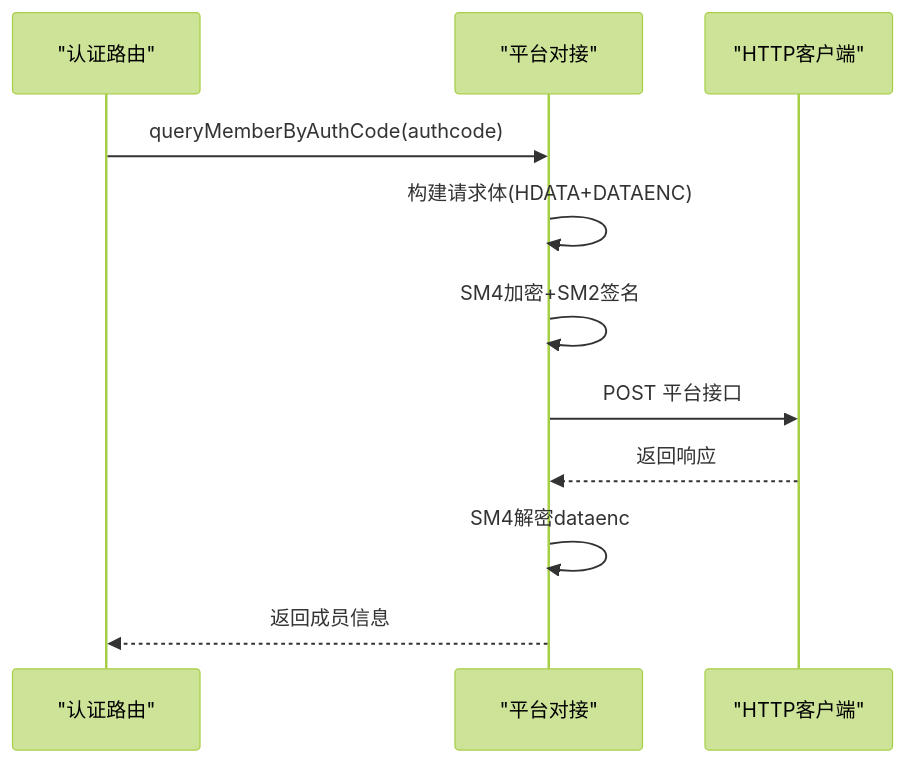
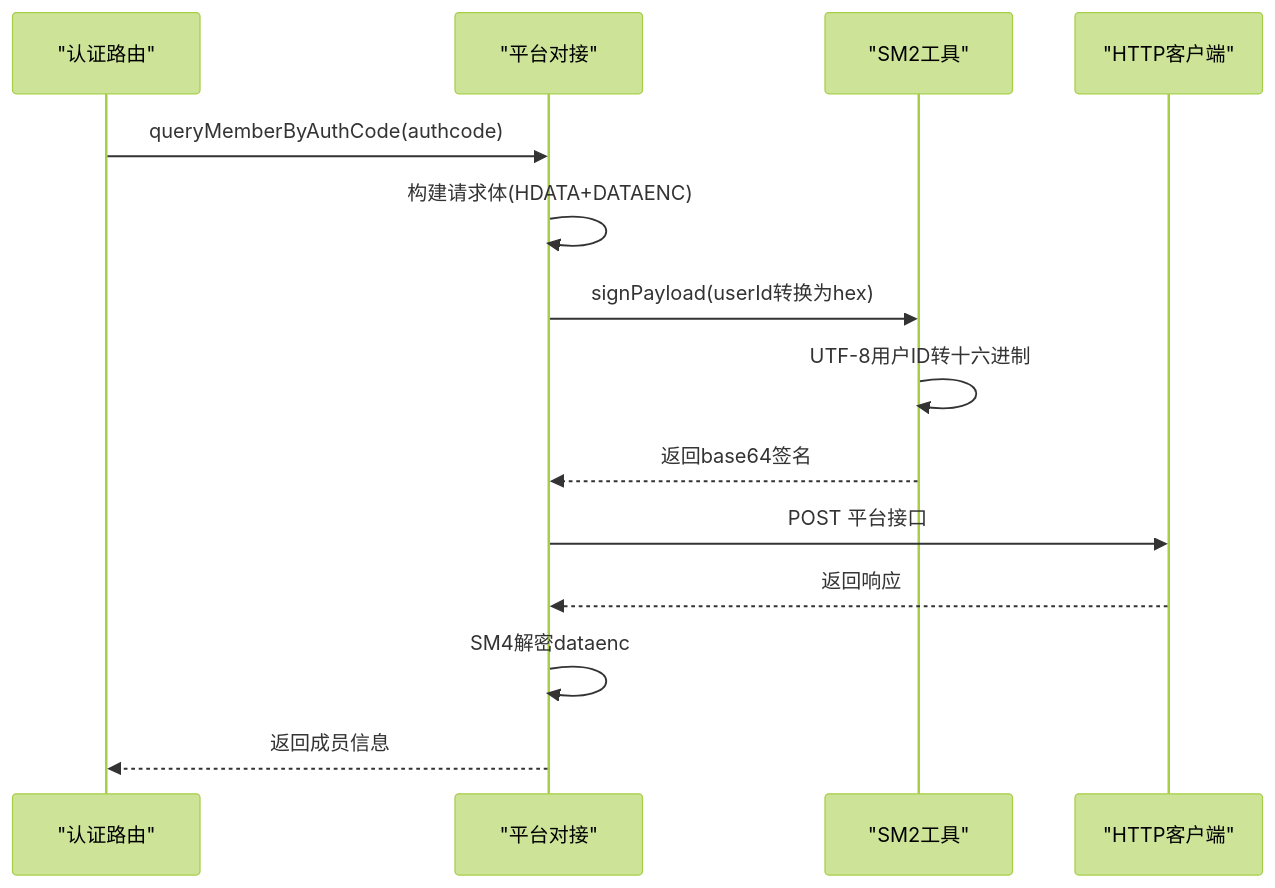
The seventh of 9 diagrams in .qoder/repowiki/zh/content/安全与权限/安全与权限.md (Giraffe-Han/microAPP), drawn with Mermaid (forest theme) before and after one commit. The commit also changed other lines of this file and 10 other files, not shown here.

````diff
--- a/.qoder/repowiki/zh/content/安全与权限/安全与权限.md
+++ b/.qoder/repowiki/zh/content/安全与权限/安全与权限.md
@@ -300,13 +322,16 @@
 ```mermaid
 sequenceDiagram
 participant AUTH as "认证路由"
 participant SSO as "平台对接"
+participant UTILS as "SM2工具"
 participant NET as "HTTP客户端"
 AUTH->>SSO : queryMemberByAuthCode(authcode)
 SSO->>SSO : 构建请求体(HDATA+DATAENC)
-SSO->>SSO : SM4加密+SM2签名
+SSO->>UTILS : signPayload(userId转换为hex)
+UTILS->>UTILS : UTF-8用户ID转十六进制
+UTILS-->>SSO : 返回base64签名
 SSO->>NET : POST 平台接口
 NET-->>SSO : 返回响应
 SSO->>SSO : SM4解密dataenc
 SSO-->>AUTH : 返回成员信息
 ```
````
